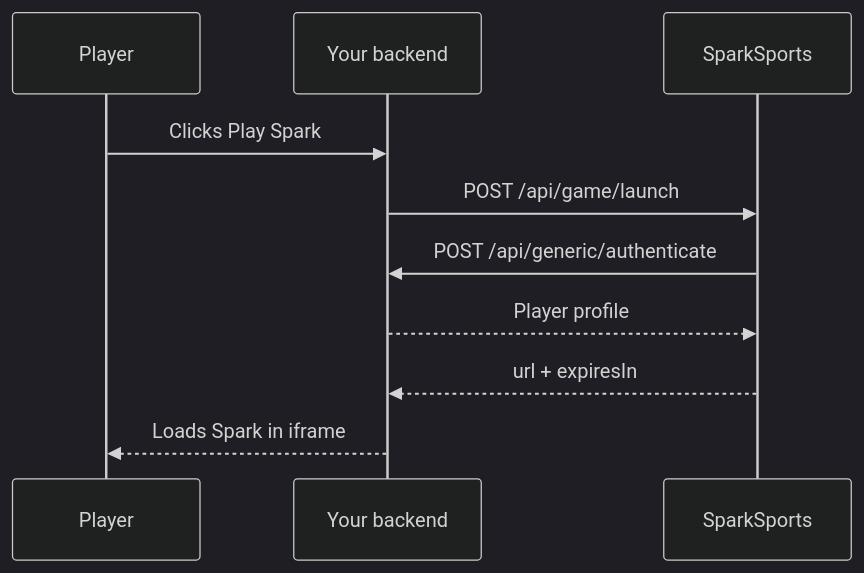
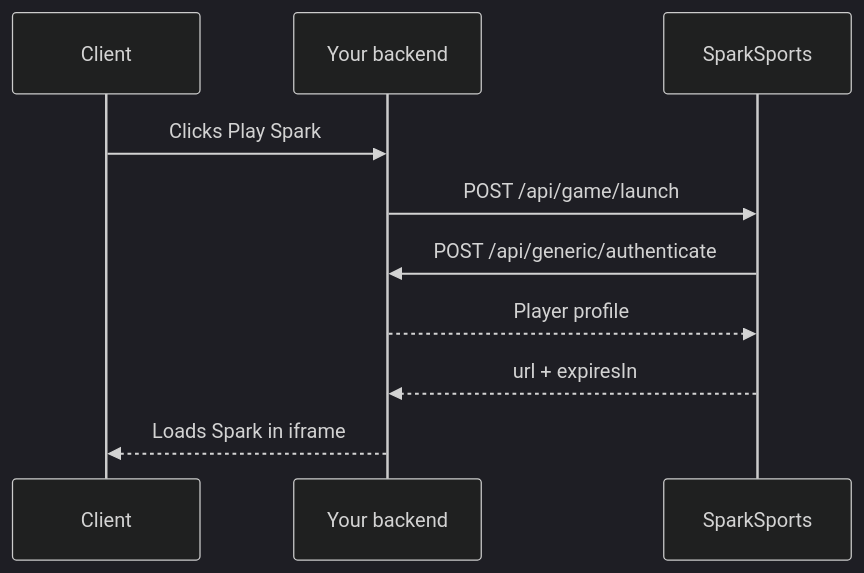
Before and after one commit to SparkSports-ai/integration-docs: the diagram in content/docs/how-it-works.mdx, drawn with Mermaid (dark theme). The commit also changed other lines of this file and 1 other file, not shown here.

Commit message:
Refine launch diagram: Client label and production URL
Rename the Player participant to Client and use the production game host
in the launch URL examples (here and in launch.mdx). The diagram stays at
its natural size, centered.

````diff
--- a/content/docs/how-it-works.mdx
+++ b/content/docs/how-it-works.mdx
@@ -21,12 +21,12 @@
 ```mermaid
 sequenceDiagram
-    participant Player
+    participant Client
     participant Backend as Your backend
     participant Spark as SparkSports
-    Player->>Backend: Clicks Play Spark
+    Client->>Backend: Clicks Play Spark
     Backend->>Spark: POST /api/game/launch
     Spark->>Backend: POST /api/generic/authenticate
     Backend-->>Spark: Player profile
     Spark-->>Backend: url + expiresIn
-    Backend-->>Player: Loads Spark in iframe
+    Backend-->>Client: Loads Spark in iframe
 ```
````
